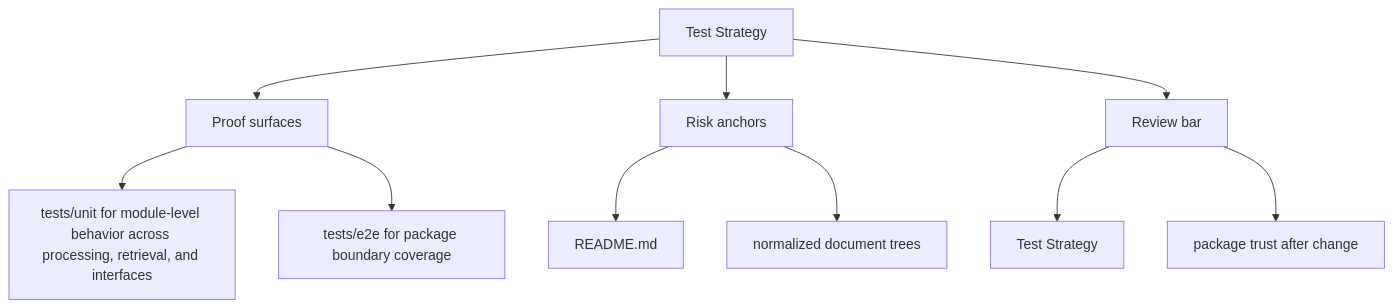
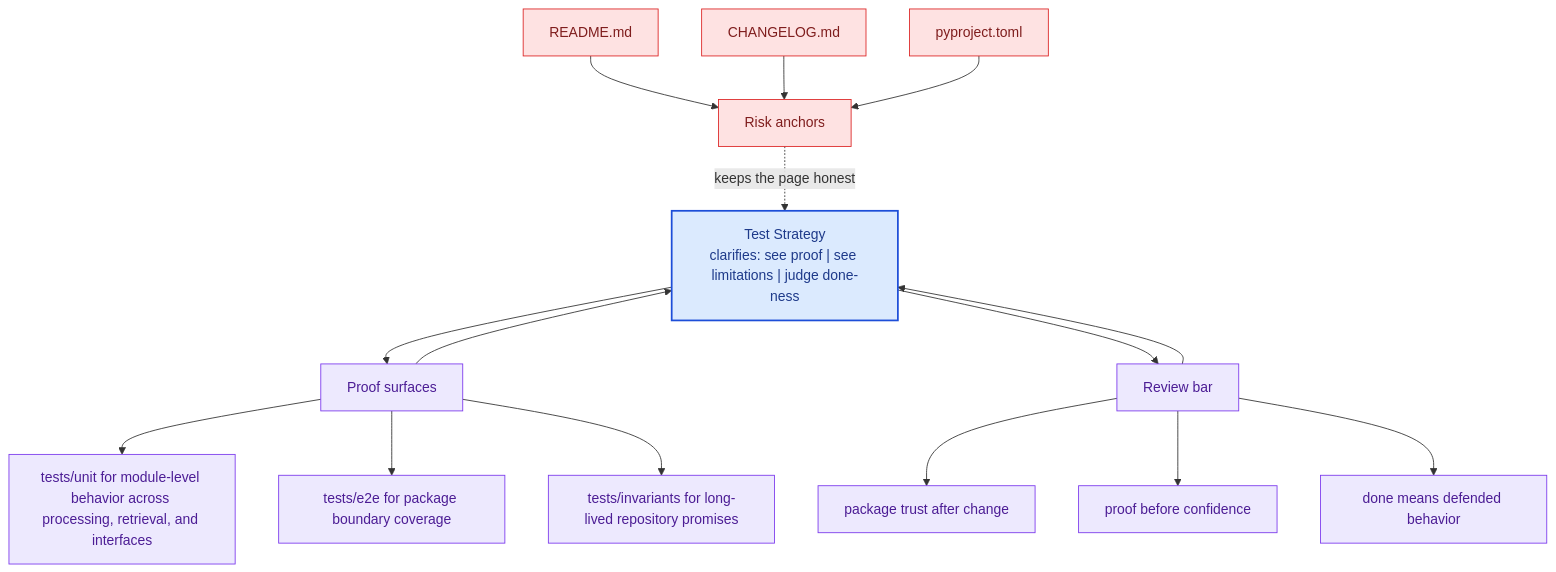
Before and after one commit to bijux/bijux-canon: the second of 2 diagrams in docs/bijux-canon-ingest/quality/test-strategy.md, drawn with Mermaid. The commit also changed other lines of this file and 281 other files, not shown here.

Commit message:
docs(diagrams): deepen handbook mermaid maps across the catalog

````diff
--- a/docs/bijux-canon-ingest/quality/test-strategy.md
+++ b/docs/bijux-canon-ingest/quality/test-strategy.md
@@ -34,22 +67,41 @@
 ```mermaid
-flowchart TD
-    page["Test Strategy"]
+flowchart TB
+    promise["Test Strategy<br/>clarifies: see proof | see limitations | judge done-ness"]
+    classDef promise fill:#dbeafe,stroke:#1d4ed8,color:#1e3a8a,stroke-width:2px;
+    classDef driver fill:#dcfce7,stroke:#16a34a,color:#14532d;
+    classDef constraint fill:#fee2e2,stroke:#dc2626,color:#7f1d1d;
+    classDef ground fill:#ede9fe,stroke:#7c3aed,color:#4c1d95;
     focus1["Proof surfaces"]
-    page --> focus1
+    focus1 --> promise
+    promise --> focus1
     focus1_1["tests/unit for module-level behavior across processing, retrieval, and interfaces"]
     focus1 --> focus1_1
     focus1_2["tests/e2e for package boundary coverage"]
     focus1 --> focus1_2
+    focus1_3["tests/invariants for long-lived repository promises"]
+    focus1 --> focus1_3
+    class focus1 ground;
+    class focus1_1,focus1_2,focus1_3 ground;
     focus2["Risk anchors"]
-    page --> focus2
+    focus2 -.keeps the page honest.-> promise
     focus2_1["README.md"]
-    focus2 --> focus2_1
-    focus2_2["normalized document trees"]
-    focus2 --> focus2_2
+    focus2_1 --> focus2
+    focus2_2["CHANGELOG.md"]
+    focus2_2 --> focus2
+    focus2_3["pyproject.toml"]
+    focus2_3 --> focus2
+    class focus2 constraint;
+    class focus2_1,focus2_2,focus2_3 constraint;
     focus3["Review bar"]
-    page --> focus3
-    focus3_1["Test Strategy"]
+    focus3 --> promise
+    promise --> focus3
+    focus3_1["package trust after change"]
     focus3 --> focus3_1
-    focus3_2["package trust after change"]
+    focus3_2["proof before confidence"]
     focus3 --> focus3_2
+    focus3_3["done means defended behavior"]
+    focus3 --> focus3_3
+    class focus3 ground;
+    class focus3_1,focus3_2,focus3_3 ground;
+    class promise promise;
 ```
````
